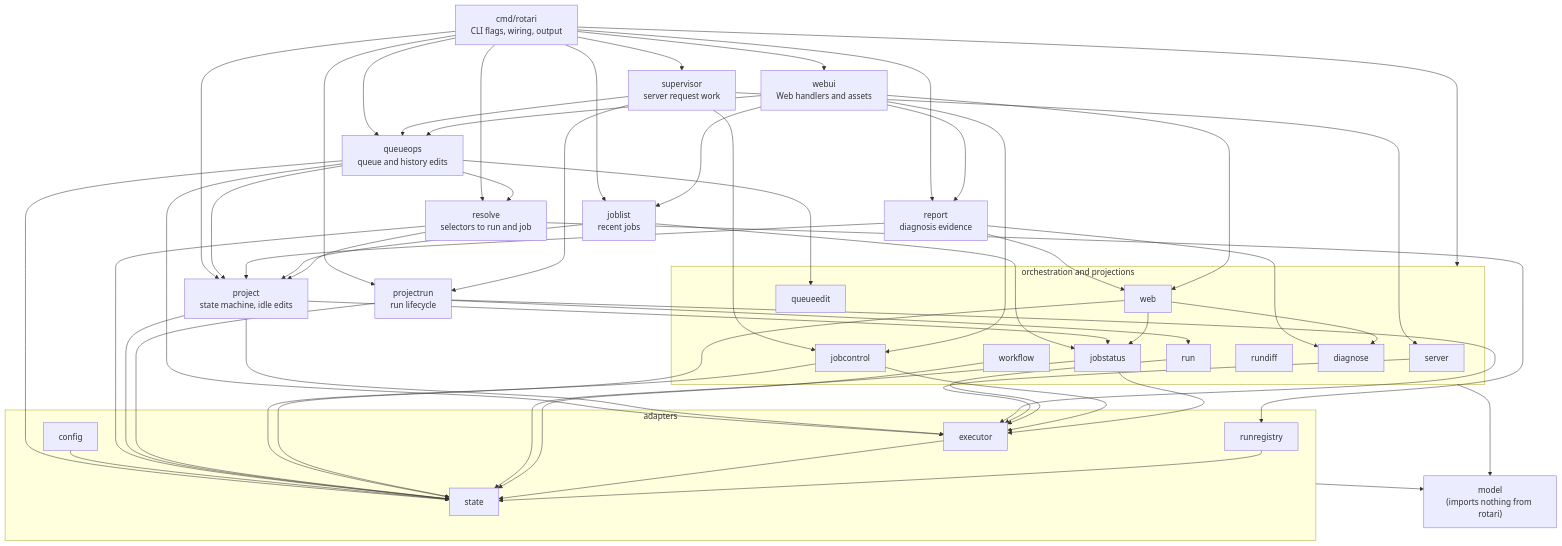
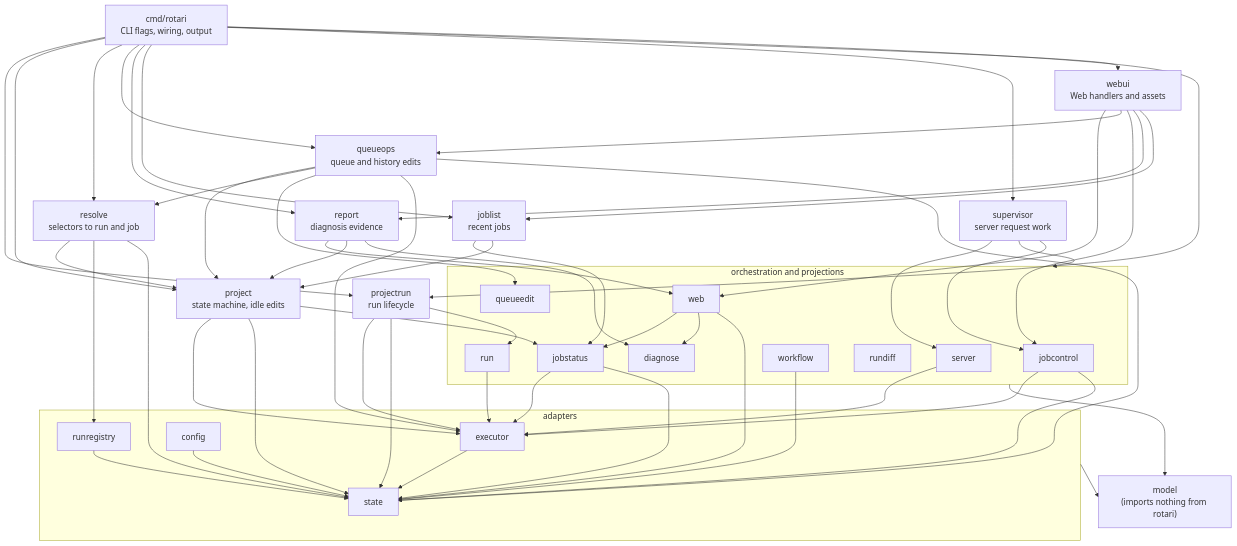
One commit to kamo-naoyuki/rotari changed the second of 2 diagrams in docs/ARCHITECTURE.md. Above: the diagram before and after it, drawn with Mermaid. The commit also changed other lines of this file and 39 other files, not shown here.

```diff
--- a/docs/ARCHITECTURE.md
+++ b/docs/ARCHITECTURE.md
@@ -142,7 +142,6 @@
   joblist --> project
   cmd --> supervisor
   supervisor --> server
-  supervisor --> queueops
   supervisor --> projectrun
   supervisor --> jobcontrol
   cmd --> webui
```
